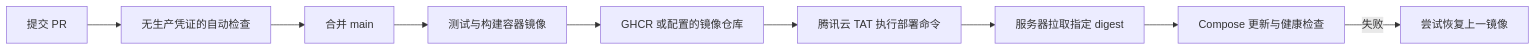
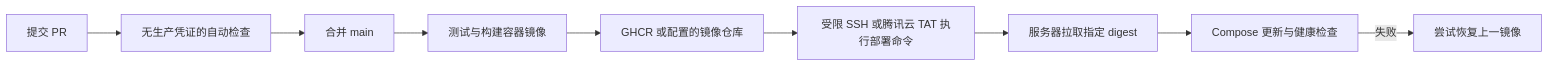
The diagram in README.md (weiuou/Fullish), drawn with Mermaid before and after one commit. The commit also changed other lines of this file and 11 other files, not shown here.

````diff
--- a/README.md
+++ b/README.md
@@ -36,11 +36,11 @@
 ```mermaid
 flowchart LR
     A[提交 PR] --> B[无生产凭证的自动检查]
     B --> C[合并 main]
     C --> D[测试与构建容器镜像]
     D --> E[GHCR 或配置的镜像仓库]
-    E --> F[腾讯云 TAT 执行部署命令]
+    E --> F[受限 SSH 或腾讯云 TAT 执行部署命令]
     F --> G[服务器拉取指定 digest]
     G --> H[Compose 更新与健康检查]
     H -->|失败| I[尝试恢复上一镜像]
 ```
````
